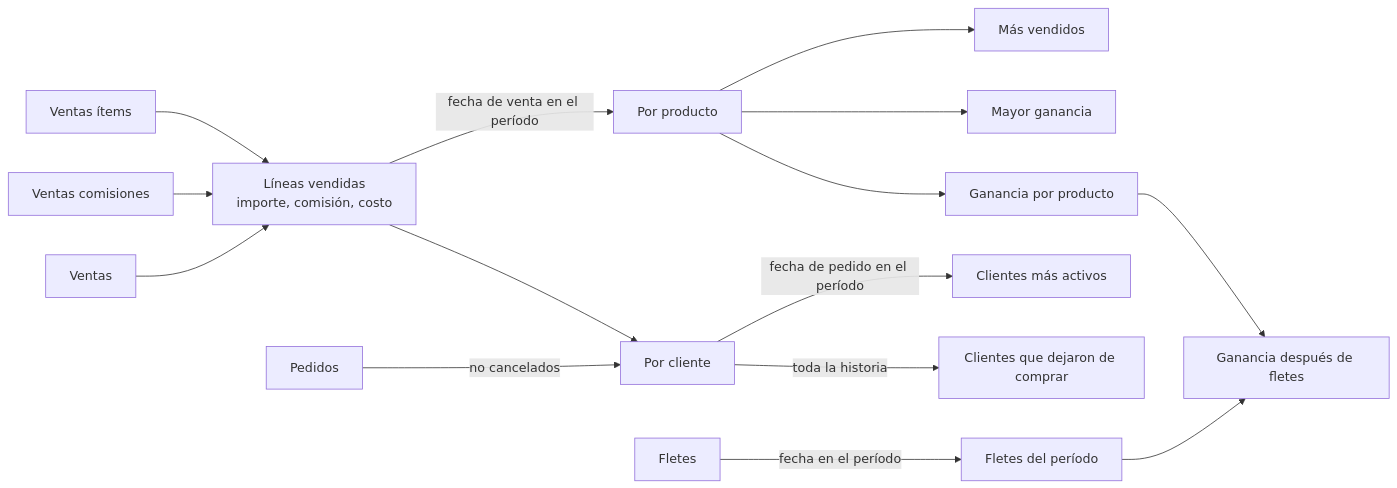
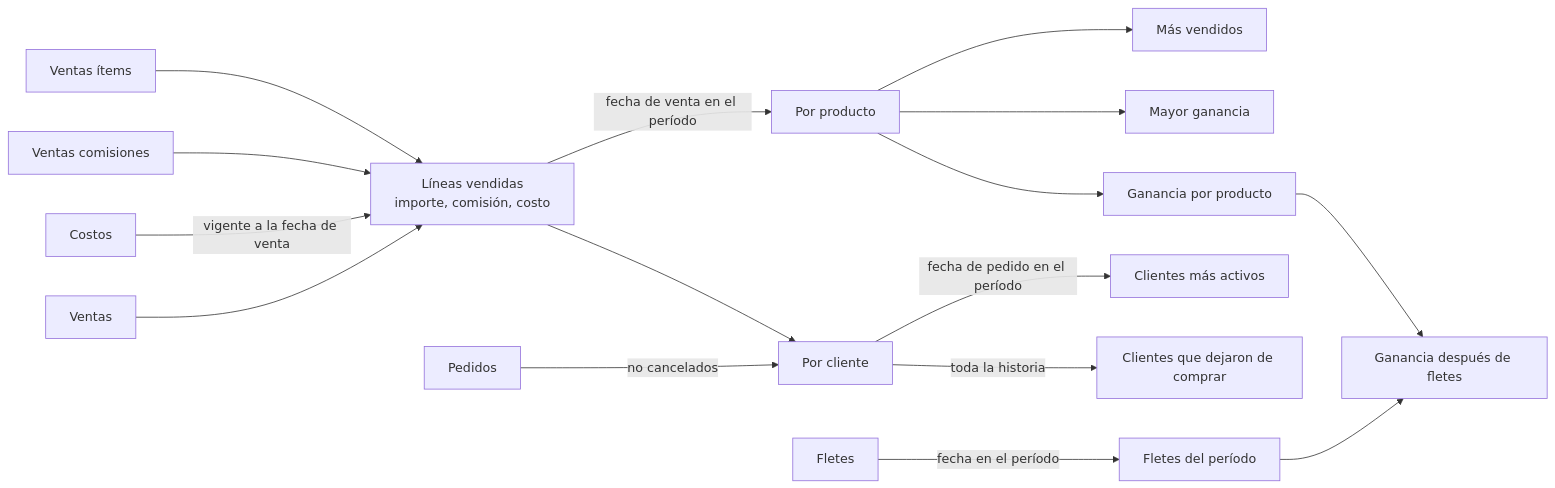
Before and after one commit to magalipujol/ERPeq: the first of 2 diagrams in spec/analisis.md, drawn with Mermaid. The commit also changed other lines of this file and 30 other files, not shown here.

Commit message:
costos con fecha desde: hoja Costos, se actualizan desde Precios o al comprar; el costo de cada venta se calcula a su fecha

````diff
--- a/spec/analisis.md
+++ b/spec/analisis.md
@@ -24,17 +24,18 @@
 ```mermaid
 flowchart LR
   VI[Ventas ítems] --> LV[Líneas vendidas<br/>importe, comisión, costo]
   VC[Ventas comisiones] --> LV
+  CO[Costos] -->|vigente a la fecha de venta| LV
   V[Ventas] --> LV
   LV -->|fecha de venta en el período| P[Por producto]
   P --> MV[Más vendidos]
   P --> MG[Mayor ganancia]
   P --> GP[Ganancia por producto]
   PE[Pedidos] -->|no cancelados| C[Por cliente]
   LV --> C
   C -->|fecha de pedido en el período| CA[Clientes más activos]
   C -->|toda la historia| CI[Clientes que dejaron de comprar]
   F[Fletes] -->|fecha en el período| FL[Fletes del período]
   FL --> R[Ganancia después de fletes]
   GP --> R
 ```
````
